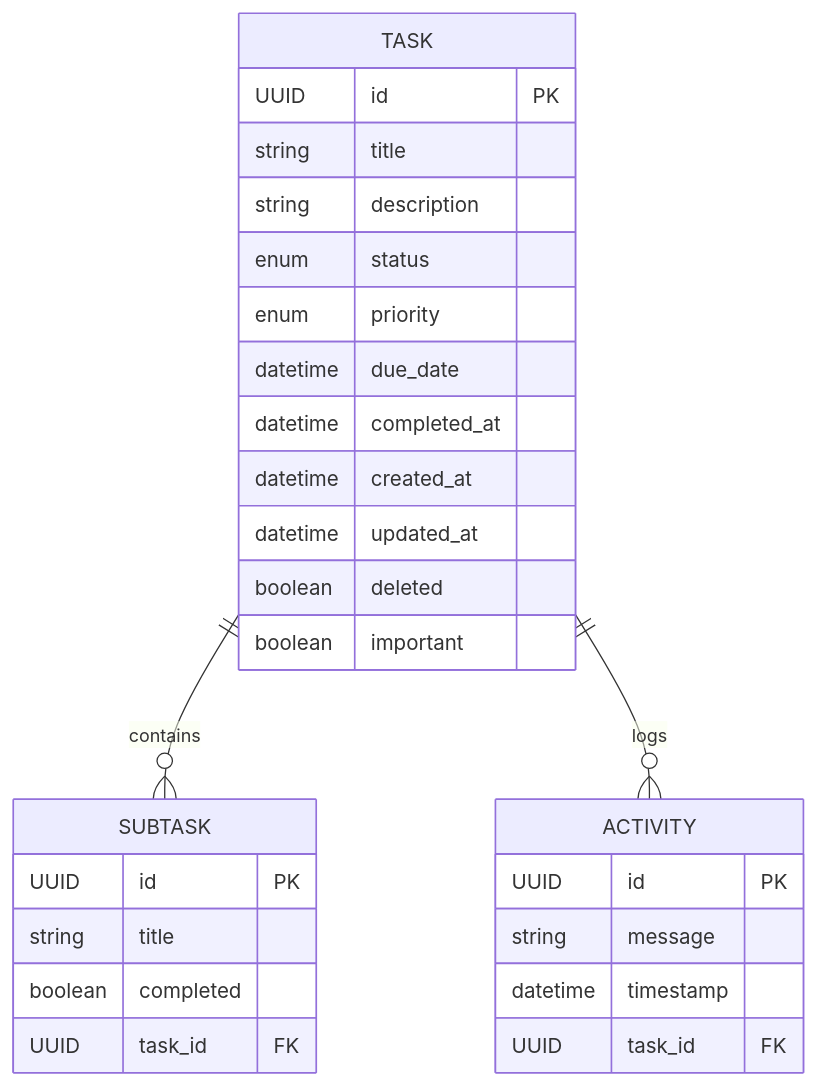
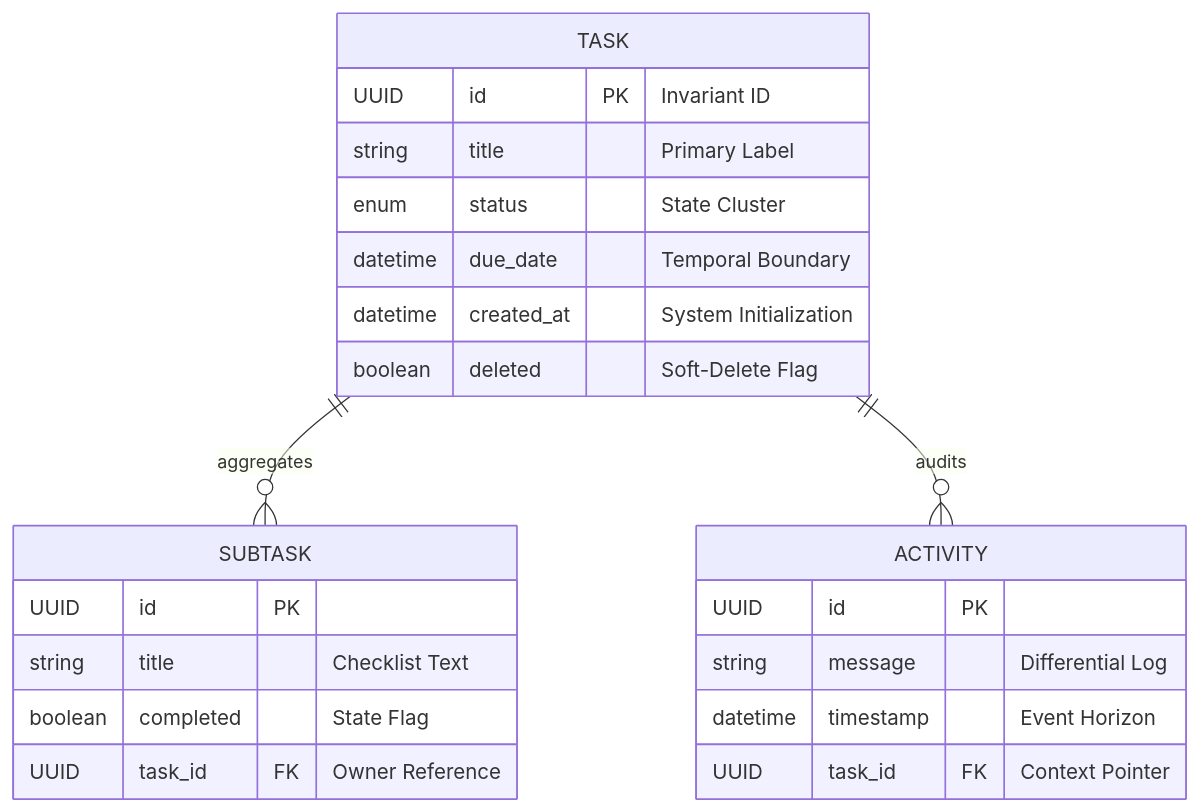
Before and after one commit to WilqueMessias/To-Do-GP: the second of 2 diagrams in docs/ARCHITECTURE.md, drawn with Mermaid. The commit also changed other lines of this file and 3 other files, not shown here.

Commit message:
Portuguese version of architecture specification.

````diff
--- a/docs/ARCHITECTURE.md
+++ b/docs/ARCHITECTURE.md
@@ -44,33 +52,28 @@
 ```mermaid
 erDiagram
-    TASK ||--o{ SUBTASK : contains
-    TASK ||--o{ ACTIVITY : logs
+    TASK ||--o{ SUBTASK : "aggregates"
+    TASK ||--o{ ACTIVITY : "audits"
     
     TASK {
-        UUID id PK
-        string title
-        string description
-        enum status
-        enum priority
-        datetime due_date
-        datetime completed_at
-        datetime created_at
-        datetime updated_at
-        boolean deleted
-        boolean important
+        UUID id PK "Invariant ID"
+        string title "Primary Label"
+        enum status "State Cluster"
+        datetime due_date "Temporal Boundary"
+        datetime created_at "System Initialization"
+        boolean deleted "Soft-Delete Flag"
     }
     
     SUBTASK {
         UUID id PK
-        string title
-        boolean completed
-        UUID task_id FK
+        string title "Checklist Text"
+        boolean completed "State Flag"
+        UUID task_id FK "Owner Reference"
     }
     
     ACTIVITY {
         UUID id PK
-        string message
-        datetime timestamp
-        UUID task_id FK
+        string message "Differential Log"
+        datetime timestamp "Event Horizon"
+        UUID task_id FK "Context Pointer"
     }
 ```
````
